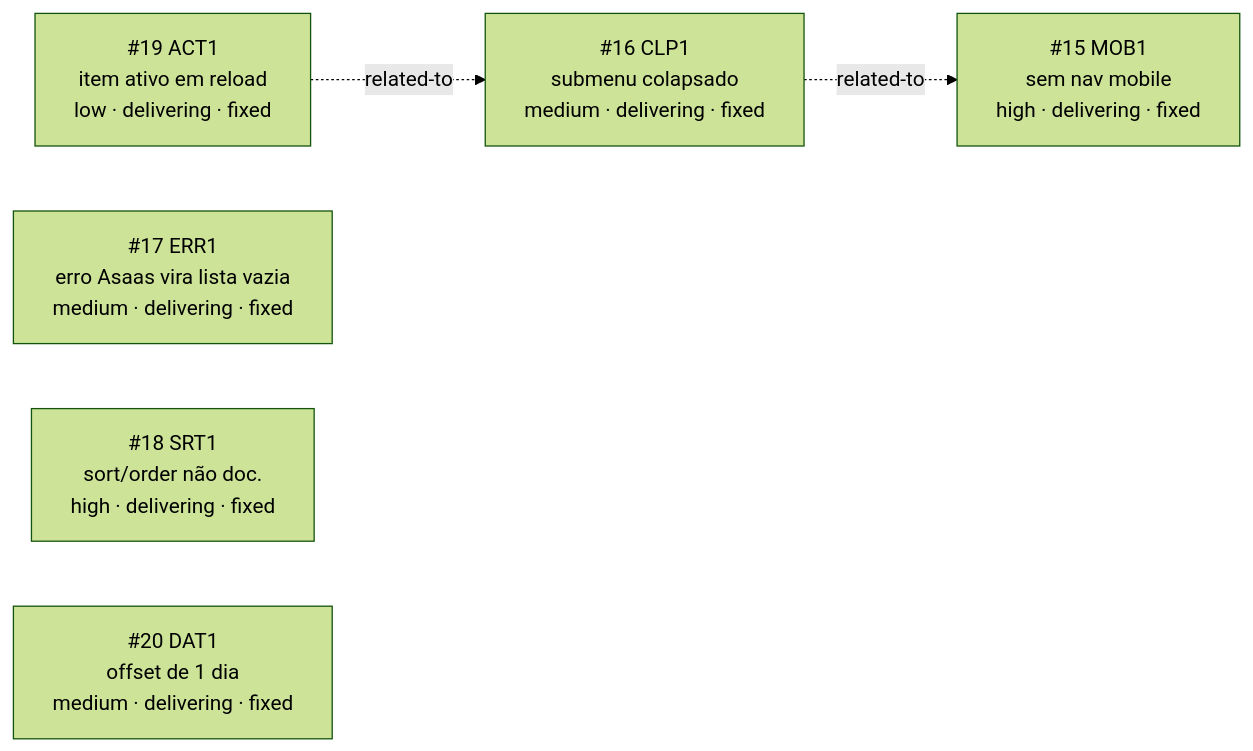
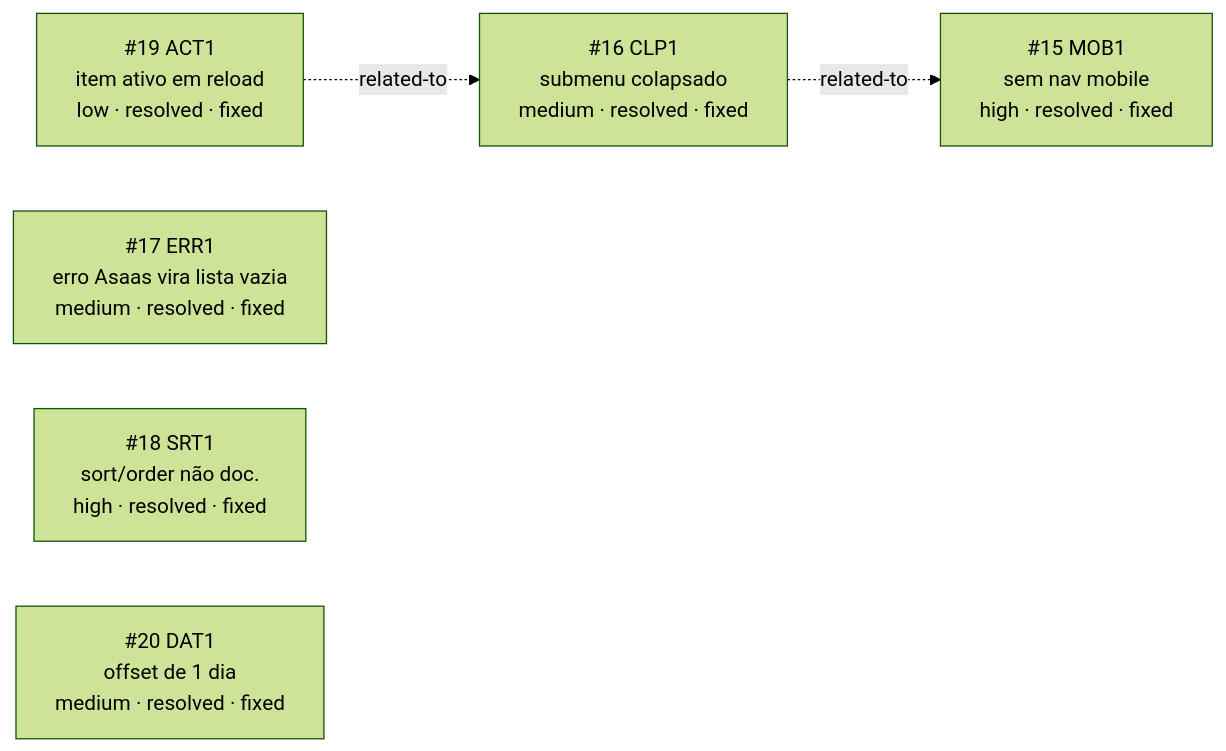
Before and after one commit to antoniojunnior/portal-sigilo: the diagram in _reversa_bugs/configuracoes/generated/graph.md, drawn with Mermaid (forest theme). The commit also changed 10 other files, not shown here.

First line of the commit message:
docs: regenera views de bugs (graph/matrix/spec-matrix) apos promocoes

````diff
--- a/_reversa_bugs/configuracoes/generated/graph.md
+++ b/_reversa_bugs/configuracoes/generated/graph.md
@@ -5,11 +5,11 @@
 ```mermaid
 graph LR
-    MOB1["#15 MOB1<br/>sem nav mobile<br/>high · delivering · fixed"]
-    CLP1["#16 CLP1<br/>submenu colapsado<br/>medium · delivering · fixed"]
-    ACT1["#19 ACT1<br/>item ativo em reload<br/>low · delivering · fixed"]
-    ERR1["#17 ERR1<br/>erro Asaas vira lista vazia<br/>medium · delivering · fixed"]
-    SRT1["#18 SRT1<br/>sort/order não doc.<br/>high · delivering · fixed"]
-    DAT1["#20 DAT1<br/>offset de 1 dia<br/>medium · delivering · fixed"]
+    MOB1["#15 MOB1<br/>sem nav mobile<br/>high · resolved · fixed"]
+    CLP1["#16 CLP1<br/>submenu colapsado<br/>medium · resolved · fixed"]
+    ACT1["#19 ACT1<br/>item ativo em reload<br/>low · resolved · fixed"]
+    ERR1["#17 ERR1<br/>erro Asaas vira lista vazia<br/>medium · resolved · fixed"]
+    SRT1["#18 SRT1<br/>sort/order não doc.<br/>high · resolved · fixed"]
+    DAT1["#20 DAT1<br/>offset de 1 dia<br/>medium · resolved · fixed"]
     CLP1 -.->|related-to| MOB1
     ACT1 -.->|related-to| CLP1
 ```
````
